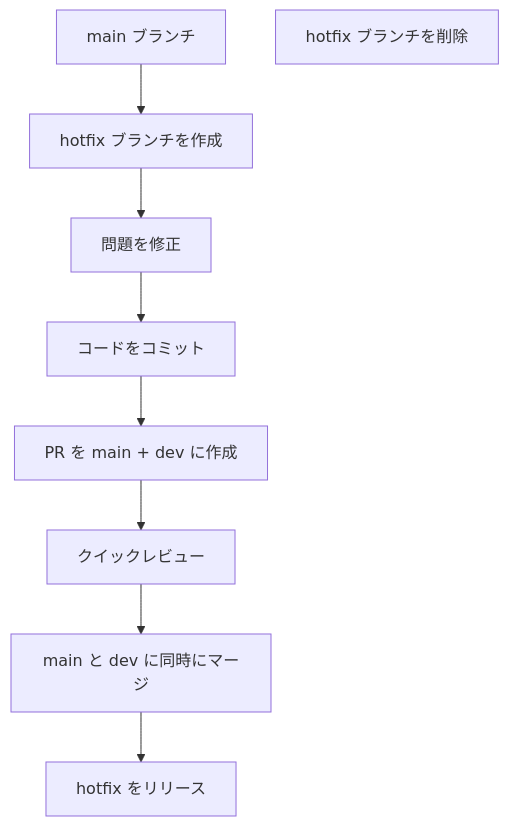
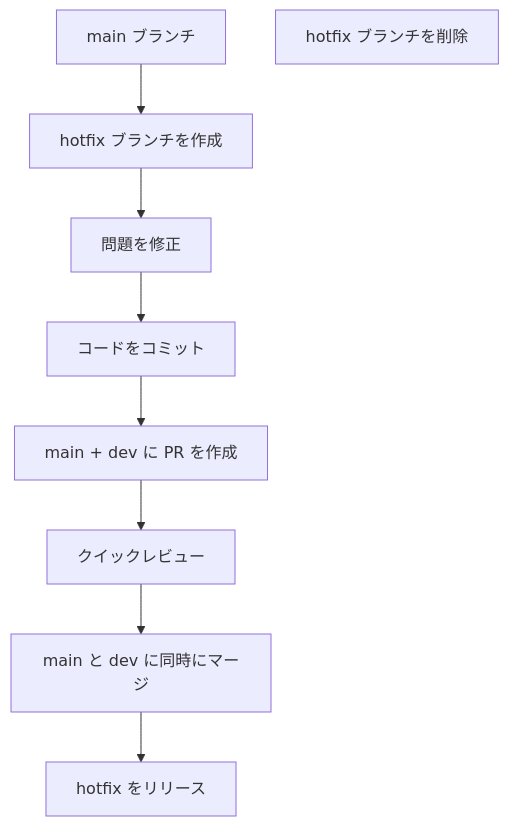
One commit to ChenXu233/YaoXiang changed the second of 3 diagrams in docs/src/ja/dev/branch-maintenance-guide.md. Above: the diagram before and after it, drawn with Mermaid. The commit also changed other lines of this file and 236 other files, not shown here.

````diff
--- a/docs/src/ja/dev/branch-maintenance-guide.md
+++ b/docs/src/ja/dev/branch-maintenance-guide.md
@@ -167,11 +169,11 @@
 ```mermaid
 graph TD
     A[main ブランチ] --> B[hotfix ブランチを作成]
     B --> C[問題を修正]
     C --> D[コードをコミット]
-    D --> E[PR を main + dev に作成]
+    D --> E[main + dev に PR を作成]
     E --> F[クイックレビュー]
     F --> G[main と dev に同時にマージ]
     G --> H[hotfix をリリース]
     I[hotfix ブランチを削除]
 ```
````
